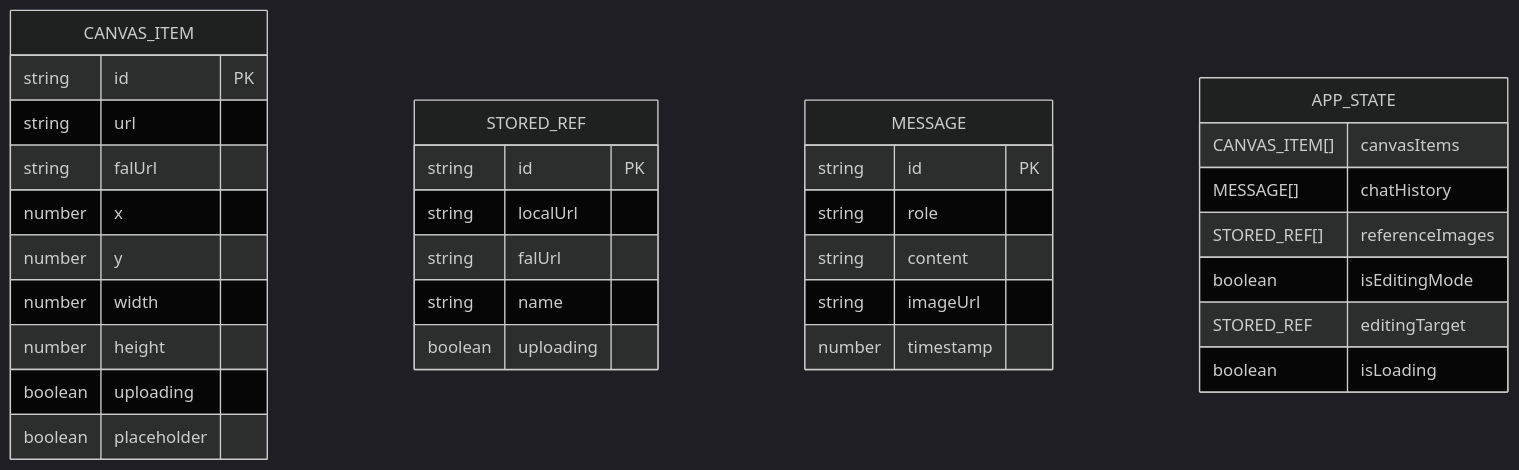
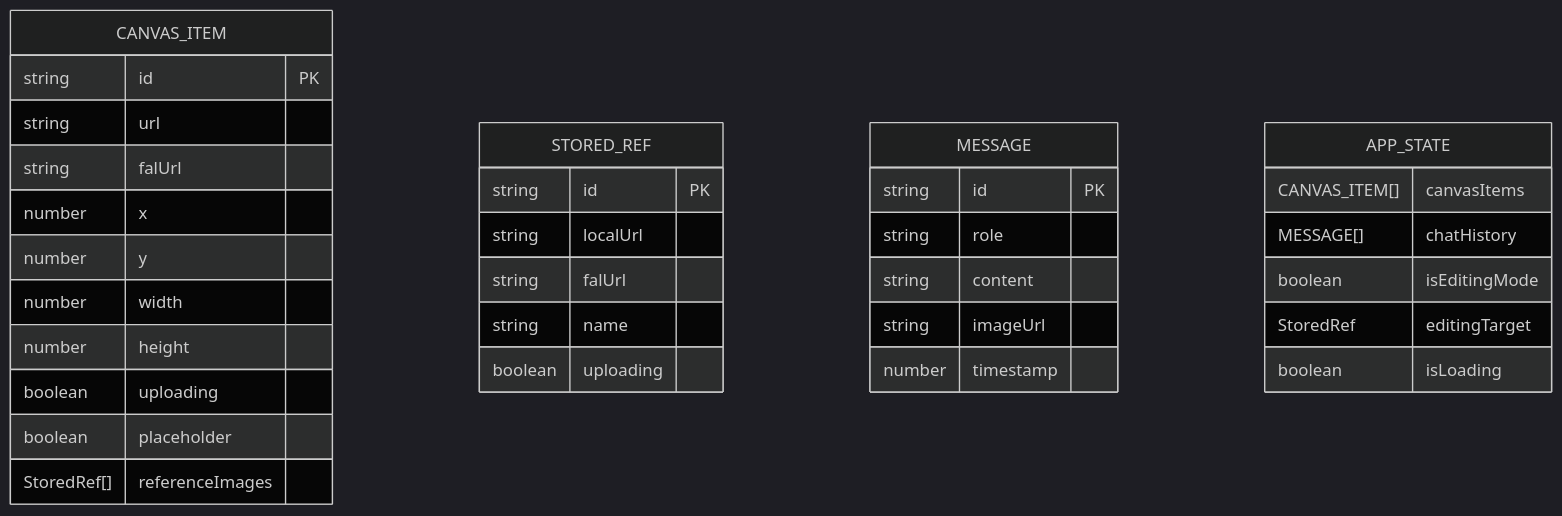
One commit to billye220670/BananaFlow2 changed the third of 13 diagrams in .qoder/repowiki/zh/content/核心功能模块/画布交互系统.md. Above: the diagram before and after it, drawn with Mermaid (dark theme). The commit also changed other lines of this file and 29 other files, not shown here.

````diff
--- a/.qoder/repowiki/zh/content/核心功能模块/画布交互系统.md
+++ b/.qoder/repowiki/zh/content/核心功能模块/画布交互系统.md
@@ -113,36 +171,36 @@
 ```mermaid
 erDiagram
 CANVAS_ITEM {
 string id PK
 string url
 string falUrl
 number x
 number y
 number width
 number height
 boolean uploading
 boolean placeholder
+StoredRef[] referenceImages
 }
 STORED_REF {
 string id PK
 string localUrl
 string falUrl
 string name
 boolean uploading
 }
 MESSAGE {
 string id PK
 string role
 string content
 string imageUrl
 number timestamp
 }
 APP_STATE {
 CANVAS_ITEM[] canvasItems
 MESSAGE[] chatHistory
-STORED_REF[] referenceImages
 boolean isEditingMode
-STORED_REF editingTarget
+StoredRef editingTarget
 boolean isLoading
 }
 ```
````
